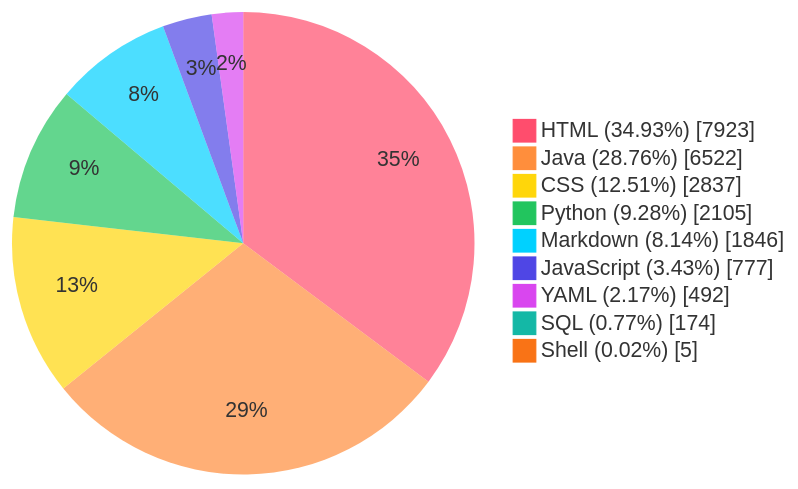
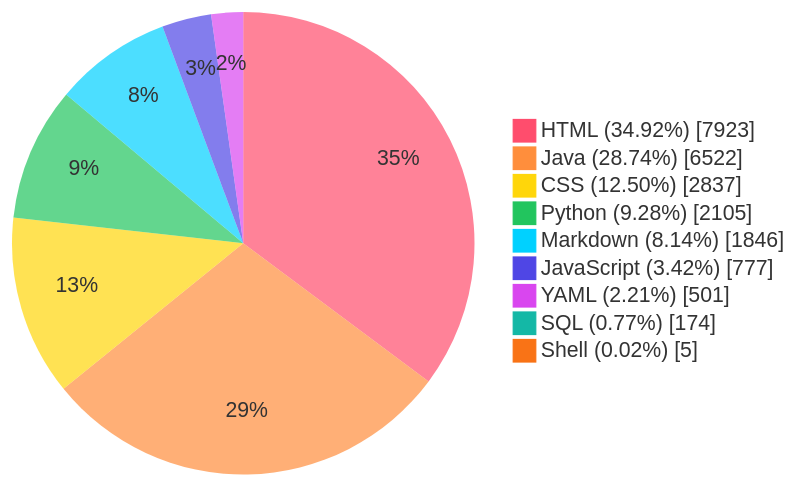
Before and after one commit to TheBadRoger/BUCT-Teaching-Aids: the diagram in README.md, drawn with Mermaid. The commit also changed other lines of this file and 2 other files, not shown here.

Commit message:
chore(stats): auto update README metrics

````diff
--- a/README.md
+++ b/README.md
@@ -41,28 +41,28 @@
 ```mermaid
 %%{init: {'theme':'base','themeVariables': {
   'fontFamily': 'Fira Code, JetBrains Mono, Source Code Pro, Cascadia Code, Menlo, Consolas, monospace',
   'pieStrokeColor': 'transparent',
   'pieStrokeWidth': '0px',
   'pieOuterStrokeWidth': '0px',
   'pie1': '#FF4D6D',
   'pie2': '#FF8E3C',
   'pie3': '#FFD60A',
   'pie4': '#22C55E',
   'pie5': '#00D1FF',
   'pie6': '#4F46E5',
   'pie7': '#D946EF',
   'pie8': '#14B8A6',
   'pie9': '#F97316',
   'pie10': '#A855F7'
 }}}%%
 pie showData
-    "HTML (34.93%)" : 7923
-    "Java (28.76%)" : 6522
-    "CSS (12.51%)" : 2837
+    "HTML (34.92%)" : 7923
+    "Java (28.74%)" : 6522
+    "CSS (12.50%)" : 2837
     "Python (9.28%)" : 2105
     "Markdown (8.14%)" : 1846
-    "JavaScript (3.43%)" : 777
-    "YAML (2.17%)" : 492
+    "JavaScript (3.42%)" : 777
+    "YAML (2.21%)" : 501
     "SQL (0.77%)" : 174
     "Shell (0.02%)" : 5
 ```
````
